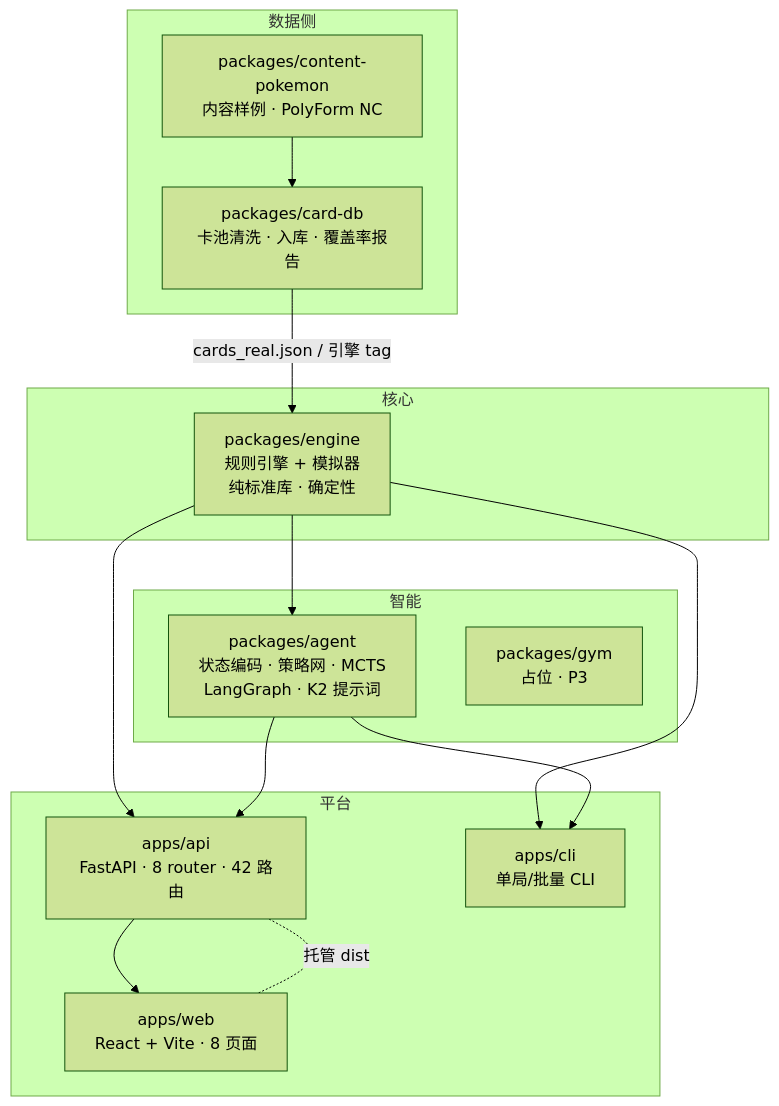
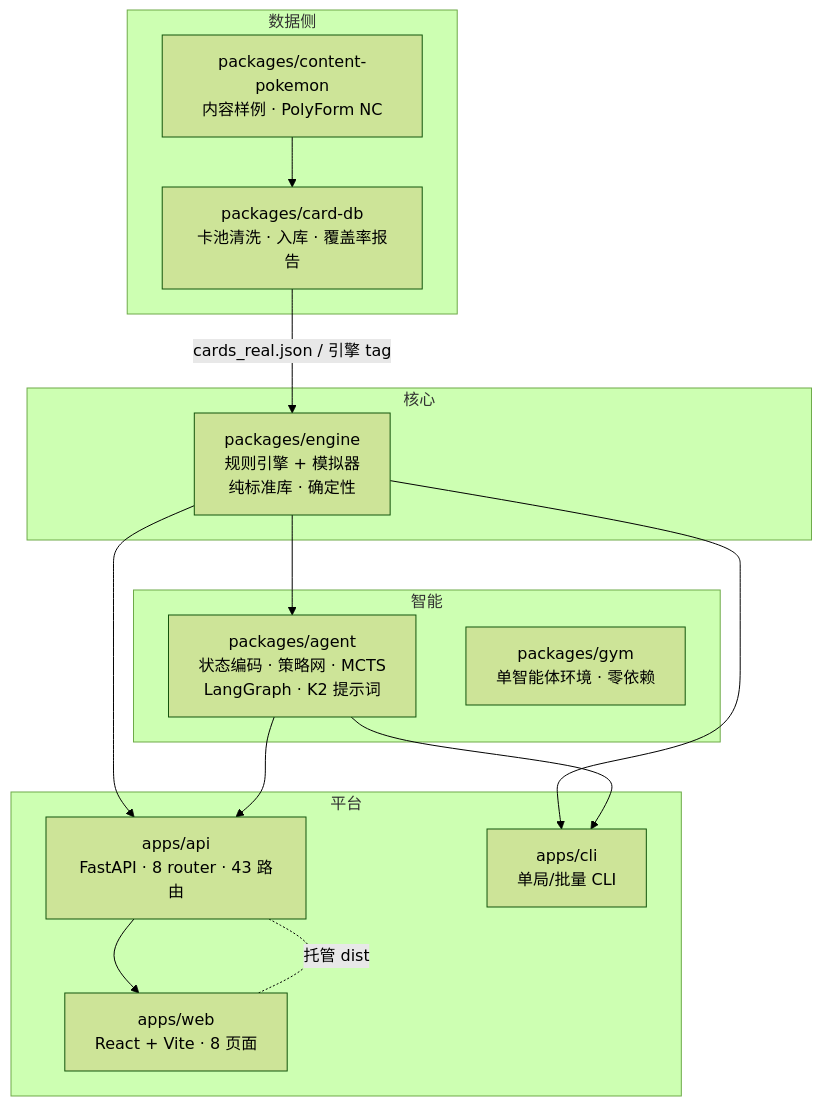
Before and after one commit to wmxy99/pokemo: the first of 3 diagrams in docs/architecture.md, drawn with Mermaid (forest theme). The commit also changed 25 other files, not shown here.

First line of the commit message:
feat: 完成审计第六节遗留 —— 修 1 处对手手牌泄露 + AI 逐帧回放 + 落地 packages/gym

````diff
--- a/docs/architecture.md
+++ b/docs/architecture.md
@@ -8,28 +8,28 @@
 ```mermaid
 graph TD
   subgraph 数据侧
     CDB[packages/card-db<br/>卡池清洗 · 入库 · 覆盖率报告]
     CONTENT[packages/content-pokemon<br/>内容样例 · PolyForm NC]
   end
   subgraph 核心
     ENG[packages/engine<br/>规则引擎 + 模拟器<br/>纯标准库 · 确定性]
   end
   subgraph 智能
     AGT[packages/agent<br/>状态编码 · 策略网 · MCTS<br/>LangGraph · K2 提示词]
-    GYM[packages/gym<br/>占位 · P3]
+    GYM[packages/gym<br/>单智能体环境 · 零依赖]
   end
   subgraph 平台
-    API[apps/api<br/>FastAPI · 8 router · 42 路由]
+    API[apps/api<br/>FastAPI · 8 router · 43 路由]
     WEB[apps/web<br/>React + Vite · 8 页面]
     CLI[apps/cli<br/>单局/批量 CLI]
   end
   CDB -->|cards_real.json / 引擎 tag| ENG
   CONTENT --> CDB
   ENG --> AGT
   ENG --> API
   AGT --> API
   API --> WEB
   ENG --> CLI
   AGT --> CLI
   API -.托管 dist.- WEB
 ```
````
